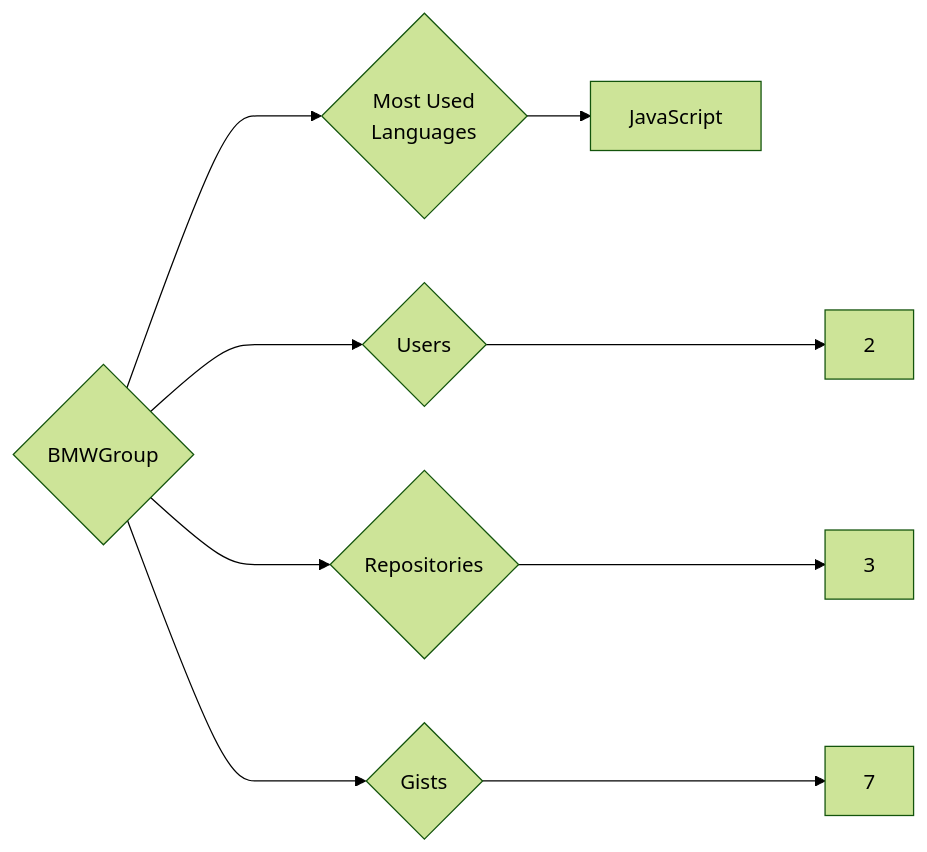
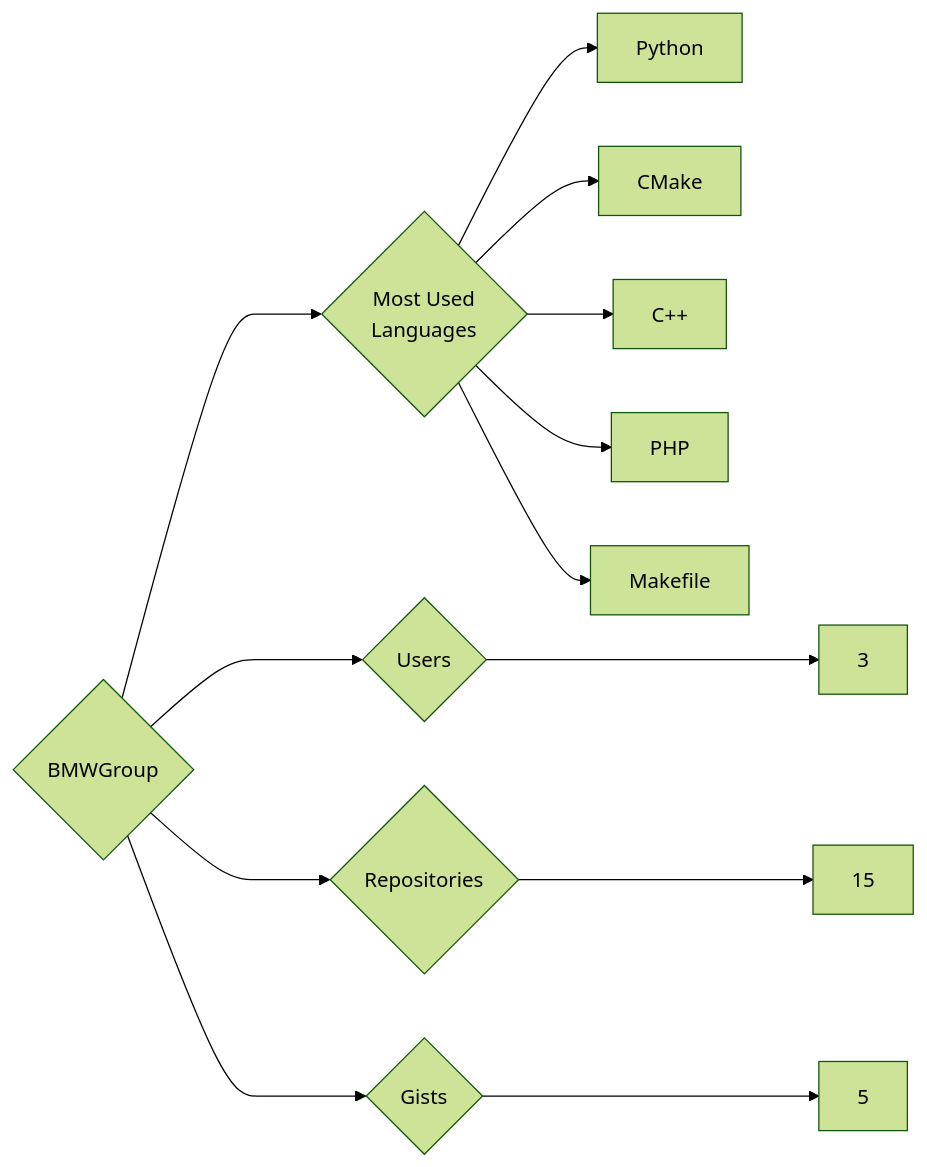
Before and after one commit to trickest/insiders: the diagram in targets/BMWGroup/README.md, drawn with Mermaid (forest theme). The commit also changed 1020 other files, not shown here.

````diff
--- a/targets/BMWGroup/README.md
+++ b/targets/BMWGroup/README.md
@@ -3,9 +3,13 @@
 ```mermaid
 graph LR
 COMPANY_NAME{BMWGroup}
-COMPANY_NAME ---> U{Users} ---> UN[2]
-COMPANY_NAME ---> R{Repositories} ---> RN[3]
-COMPANY_NAME ---> G{Gists} ---> GN[7]
+COMPANY_NAME ---> U{Users} ---> UN[3]
+COMPANY_NAME ---> R{Repositories} ---> RN[15]
+COMPANY_NAME ---> G{Gists} ---> GN[5]
 COMPANY_NAME ---> ML{Most Used<br>Languages}
-ML --> JavaScript[JavaScript]
+ML --> Python[Python]
+ML --> CMake[CMake]
+ML --> C++[C++]
+ML --> PHP[PHP]
+ML --> Makefile[Makefile]
 ```
````
